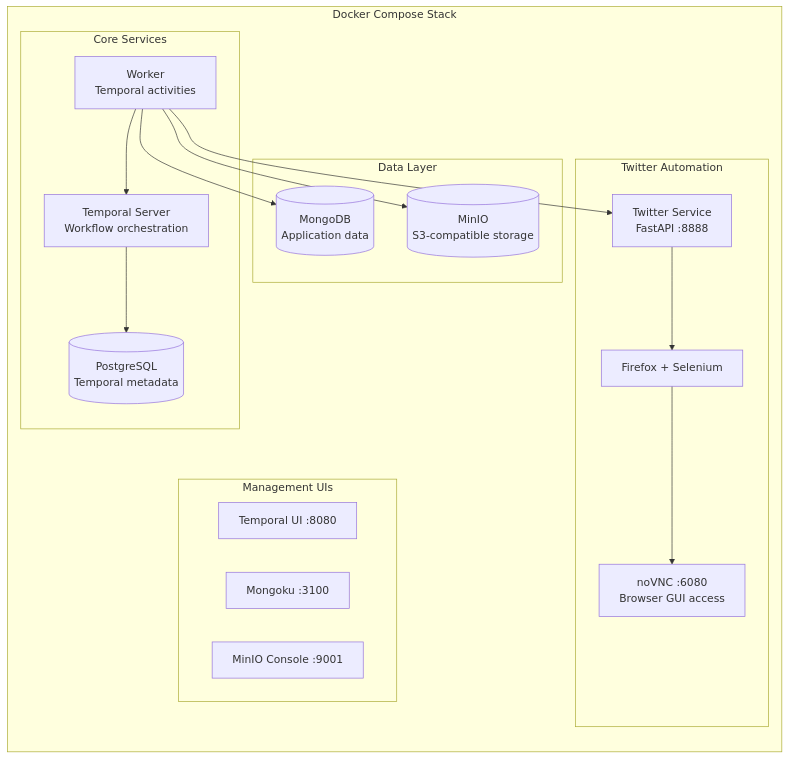
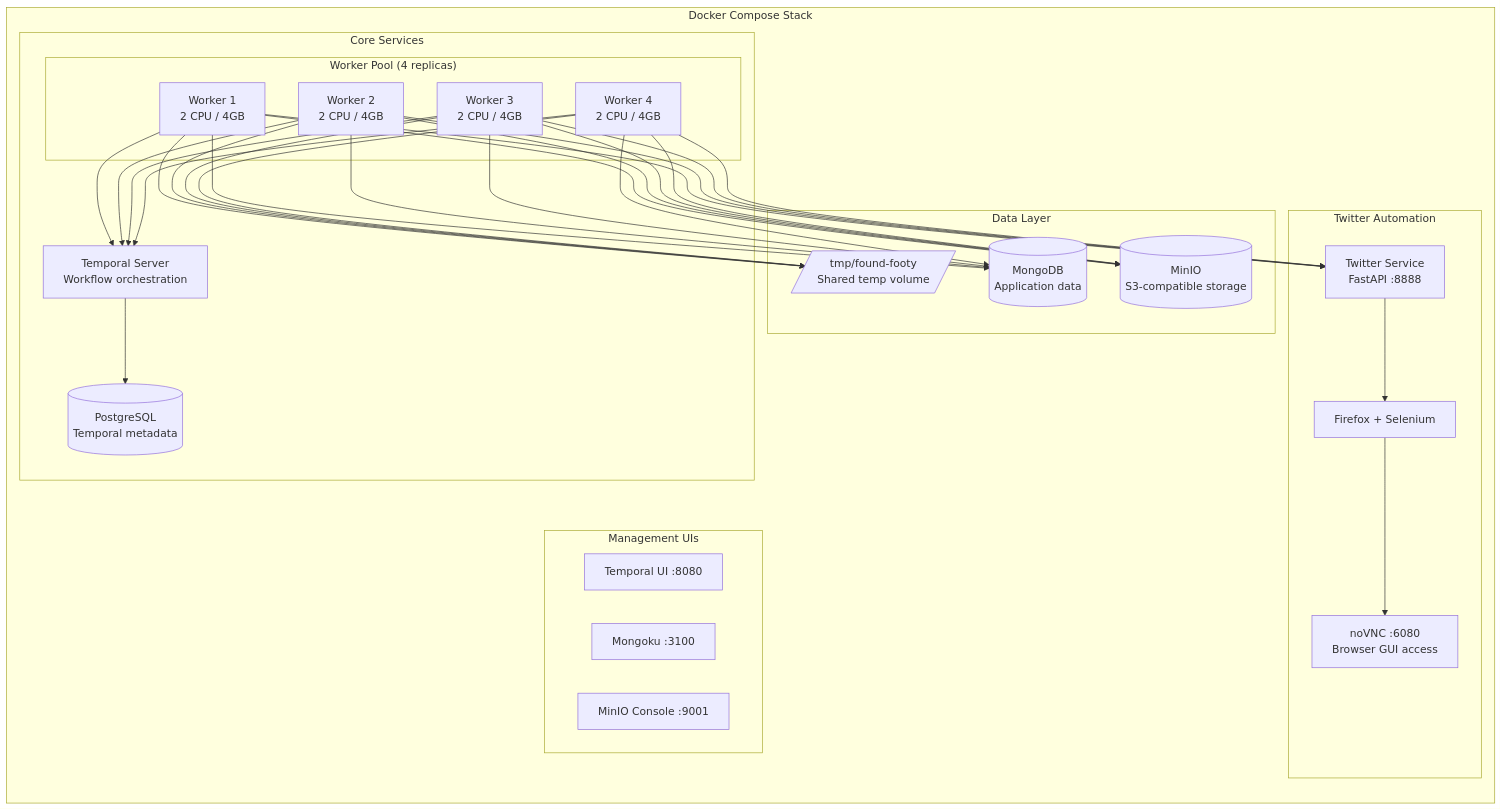
Before and after one commit to vedantadhobley/found-footy: the eighth of 14 diagrams in README.md, drawn with Mermaid. The commit also changed other lines of this file and 4 other files, not shown here.

First line of the commit message:
docs: update README with multi-worker architecture and Mermaid diagrams

````diff
--- a/README.md
+++ b/README.md
@@ -301,37 +326,44 @@
 ```mermaid
 flowchart TB
     subgraph DOCKER["Docker Compose Stack"]
         direction TB
         
         subgraph CORE["Core Services"]
-            WORKER[Worker<br/>Temporal activities]
+            subgraph WORKERS["Worker Pool (4 replicas)"]
+                W1[Worker 1<br/>2 CPU / 4GB]
+                W2[Worker 2<br/>2 CPU / 4GB]
+                W3[Worker 3<br/>2 CPU / 4GB]
+                W4[Worker 4<br/>2 CPU / 4GB]
+            end
             TEMPORAL[Temporal Server<br/>Workflow orchestration]
             POSTGRES[(PostgreSQL<br/>Temporal metadata)]
         end
         
         subgraph DATA["Data Layer"]
             MONGO[(MongoDB<br/>Application data)]
             MINIO[(MinIO<br/>S3-compatible storage)]
+            TEMP[/tmp/found-footy<br/>Shared temp volume/]
         end
         
         subgraph TWITTER["Twitter Automation"]
             TWITTERSVC[Twitter Service<br/>FastAPI :8888]
             FIREFOX[Firefox + Selenium]
             VNC[noVNC :6080<br/>Browser GUI access]
         end
         
         subgraph UI["Management UIs"]
             TEMPUI[Temporal UI :8080]
             MONGOKU[Mongoku :3100]
             MINIOUI[MinIO Console :9001]
         end
     end
     
-    WORKER --> TEMPORAL
+    W1 & W2 & W3 & W4 --> TEMPORAL
+    W1 & W2 & W3 & W4 --> TEMP
     TEMPORAL --> POSTGRES
-    WORKER --> MONGO
-    WORKER --> MINIO
-    WORKER --> TWITTERSVC
+    W1 & W2 & W3 & W4 --> MONGO
+    W1 & W2 & W3 & W4 --> MINIO
+    W1 & W2 & W3 & W4 --> TWITTERSVC
     TWITTERSVC --> FIREFOX
     FIREFOX --> VNC
 ```
````
